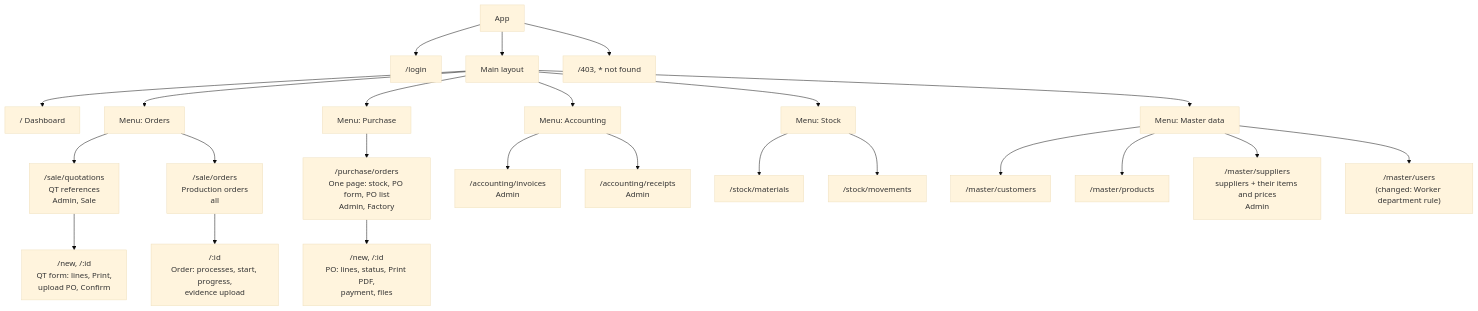
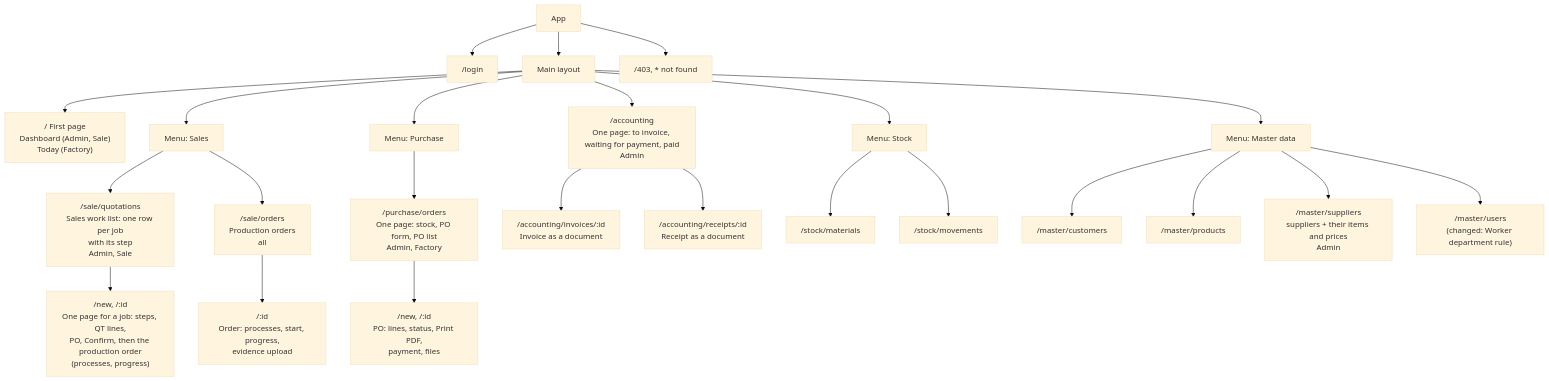
The diagram in ProjectdocInfo/Site Map.md (Detmon0410/Base_Sample_ERP), drawn with Mermaid (base theme) before and after one commit. The commit also changed other lines of this file and 11 other files, not shown here.

Commit message:
Docs: the diagrams, the API notes and the README follow the one-page Sales and Accounting, and Today

````diff
--- a/ProjectdocInfo/Site Map.md
+++ b/ProjectdocInfo/Site Map.md
@@ -5,33 +5,33 @@
 ```mermaid
 flowchart TD
     Root[App] --> Login["/login"]
     Root --> Main[Main layout]
 
-    Main --> Dash["/ Dashboard"]
+    Main --> Dash["/ First page<br/>Dashboard (Admin, Sale)<br/>Today (Factory)"]
 
-    Main --> Orders[Menu: Orders]
-    Orders --> QT["/sale/quotations<br/>QT references<br/>Admin, Sale"]
-    QT --> QT1["/new, /:id<br/>QT form: lines, Print,<br/>upload PO, Confirm "]
+    Main --> Orders[Menu: Sales]
+    Orders --> QT["/sale/quotations<br/>Sales work list: one row per job<br/>with its step<br/>Admin, Sale"]
+    QT --> QT1["/new, /:id<br/>One page for a job: steps, QT lines,<br/>PO, Confirm, then the production order<br/>(processes, progress)"]
     Orders --> PO["/sale/orders<br/>Production orders<br/>all"]
     PO --> PO1["/:id<br/>Order: processes, start, progress,<br/>evidence upload"]
 
     Main --> Pur["Menu: Purchase"]
     Pur --> PUR["/purchase/orders<br/>One page: stock, PO form, PO list<br/>Admin, Factory"]
     PUR --> PUR1["/new, /:id<br/>PO: lines, status, Print PDF,<br/>payment, files"]
 
-    Main --> Acc[Menu: Accounting]
-    Acc --> INV["/accounting/invoices<br/>Admin"]
-    Acc --> REC["/accounting/receipts<br/>Admin"]
+    Main --> Acc["/accounting<br/>One page: to invoice, waiting for payment, paid<br/>Admin"]
+    Acc --> INV["/accounting/invoices/:id<br/>Invoice as a document"]
+    Acc --> REC["/accounting/receipts/:id<br/>Receipt as a document"]
 
     Main --> Stk[Menu: Stock]
     Stk --> MAT["/stock/materials"]
     Stk --> MOV["/stock/movements"]
 
     Main --> Mst[Menu: Master data]
     Mst --> CUS["/master/customers"]
     Mst --> PRD["/master/products"]
     Mst --> SUP["/master/suppliers<br/>suppliers + their items and prices<br/>Admin"]
     Mst --> USR["/master/users<br/>(changed: Worker department rule)"]
 
     Root --> Sys["/403, * not found"]
 ```
````
